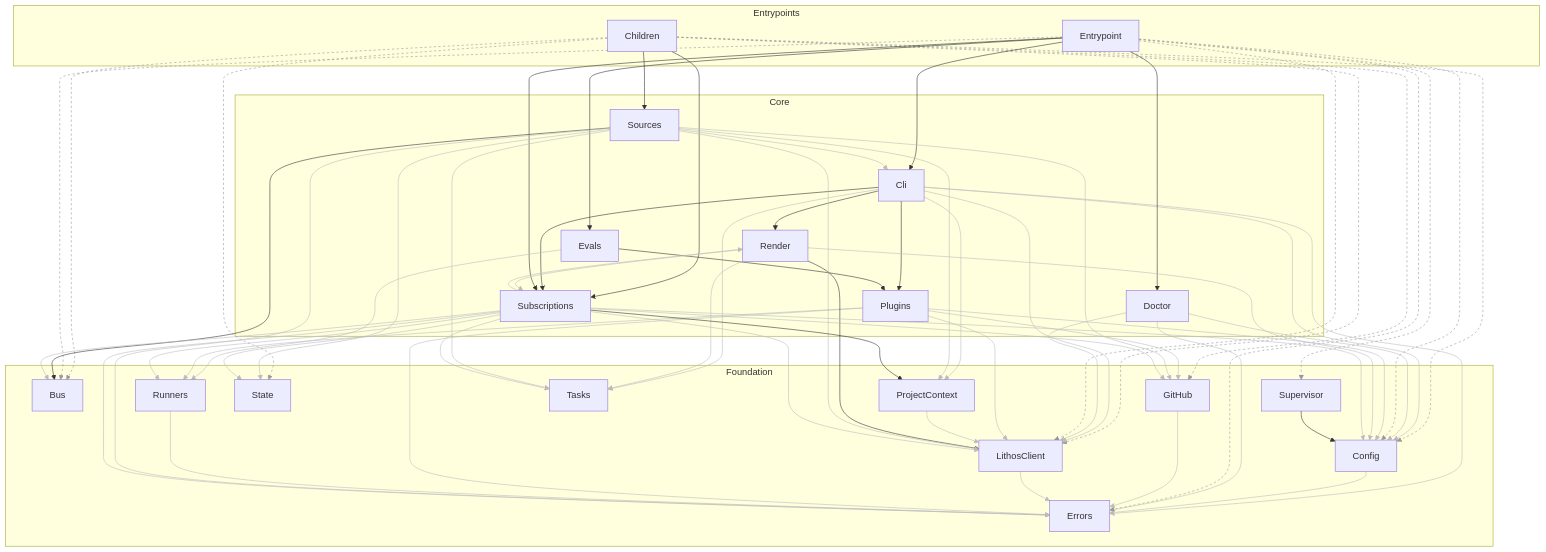
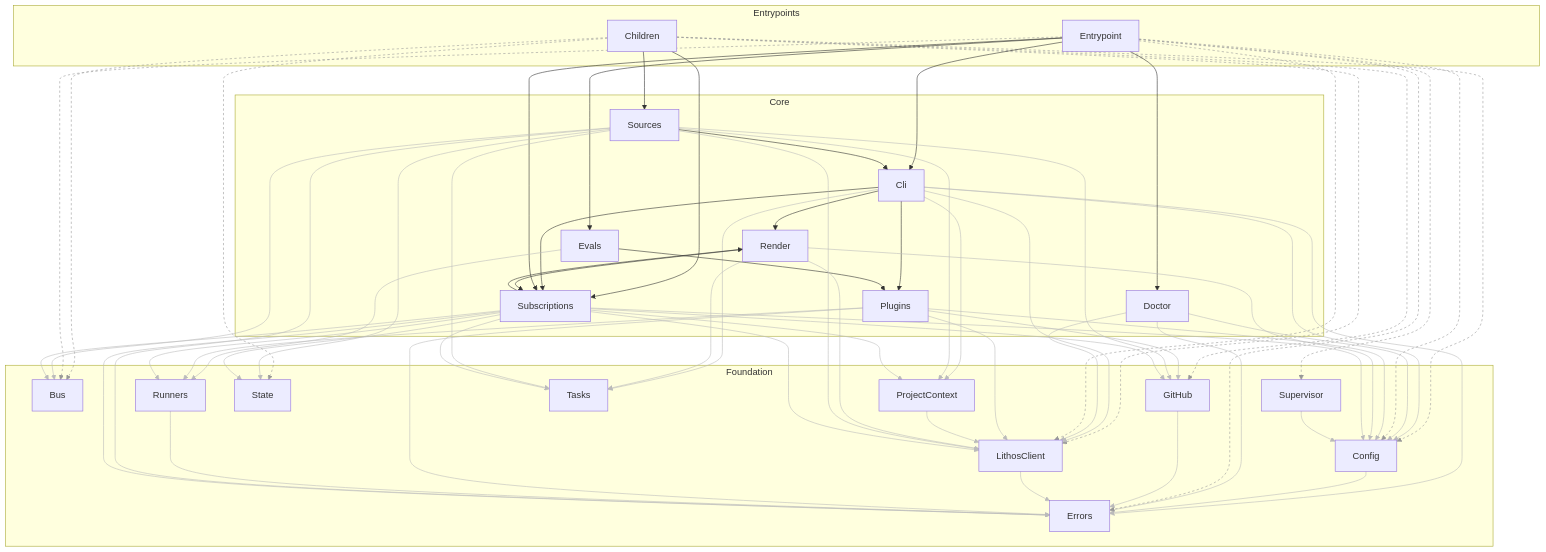
Before and after one commit to agent-lore/lithos-loom: the diagram in docs/generated/architecture.md, drawn with Mermaid. The commit also changed 6 other files, not shown here.

````diff
--- a/docs/generated/architecture.md
+++ b/docs/generated/architecture.md
@@ -140,10 +140,10 @@
   linkStyle 36 stroke:#bbb
   linkStyle 37 stroke:#bbb
   linkStyle 38 stroke:#bbb
-  linkStyle 40 stroke:#bbb
+  linkStyle 39 stroke:#bbb
   linkStyle 41 stroke:#bbb
   linkStyle 42 stroke:#bbb
-  linkStyle 44 stroke:#bbb
+  linkStyle 43 stroke:#bbb
   linkStyle 45 stroke:#bbb
   linkStyle 46 stroke:#bbb
   linkStyle 47 stroke:#bbb
@@ -155,8 +155,9 @@
   linkStyle 53 stroke:#bbb
   linkStyle 54 stroke:#bbb
   linkStyle 55 stroke:#bbb
-  linkStyle 57 stroke:#bbb
+  linkStyle 56 stroke:#bbb
   linkStyle 58 stroke:#bbb
   linkStyle 59 stroke:#bbb
   linkStyle 60 stroke:#bbb
+  linkStyle 61 stroke:#bbb
 ```
````
